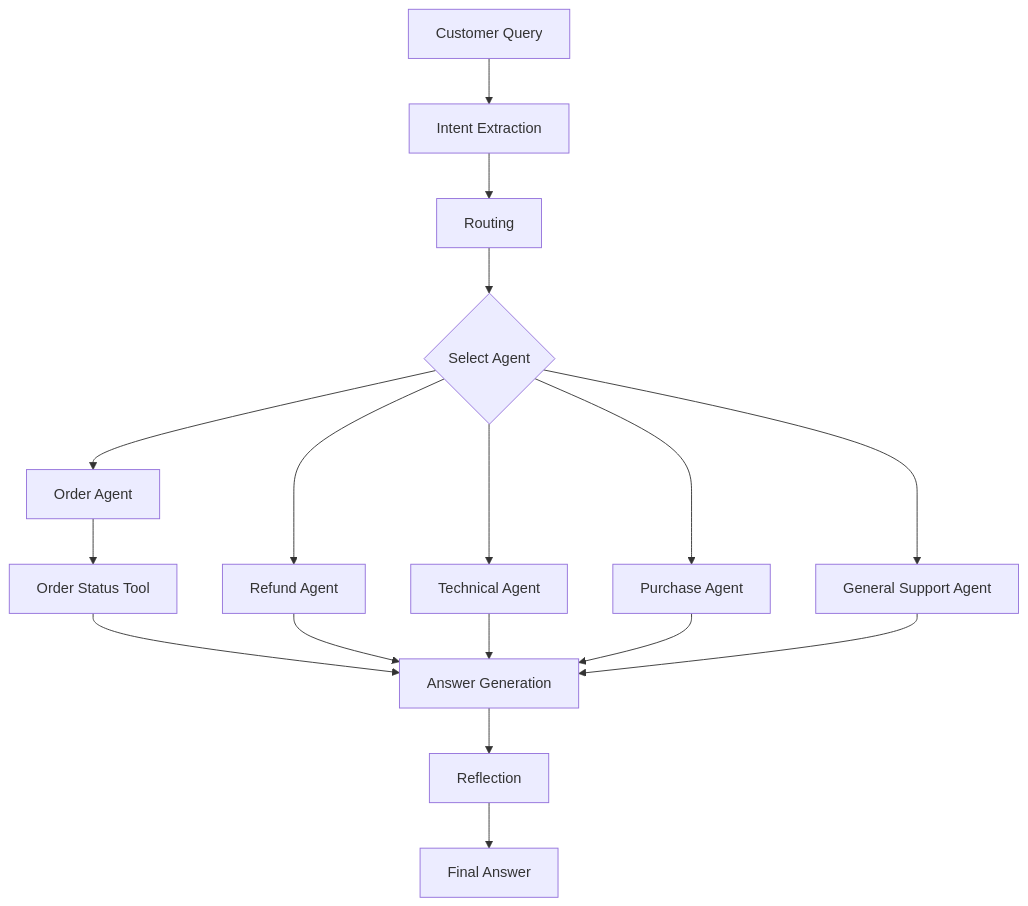
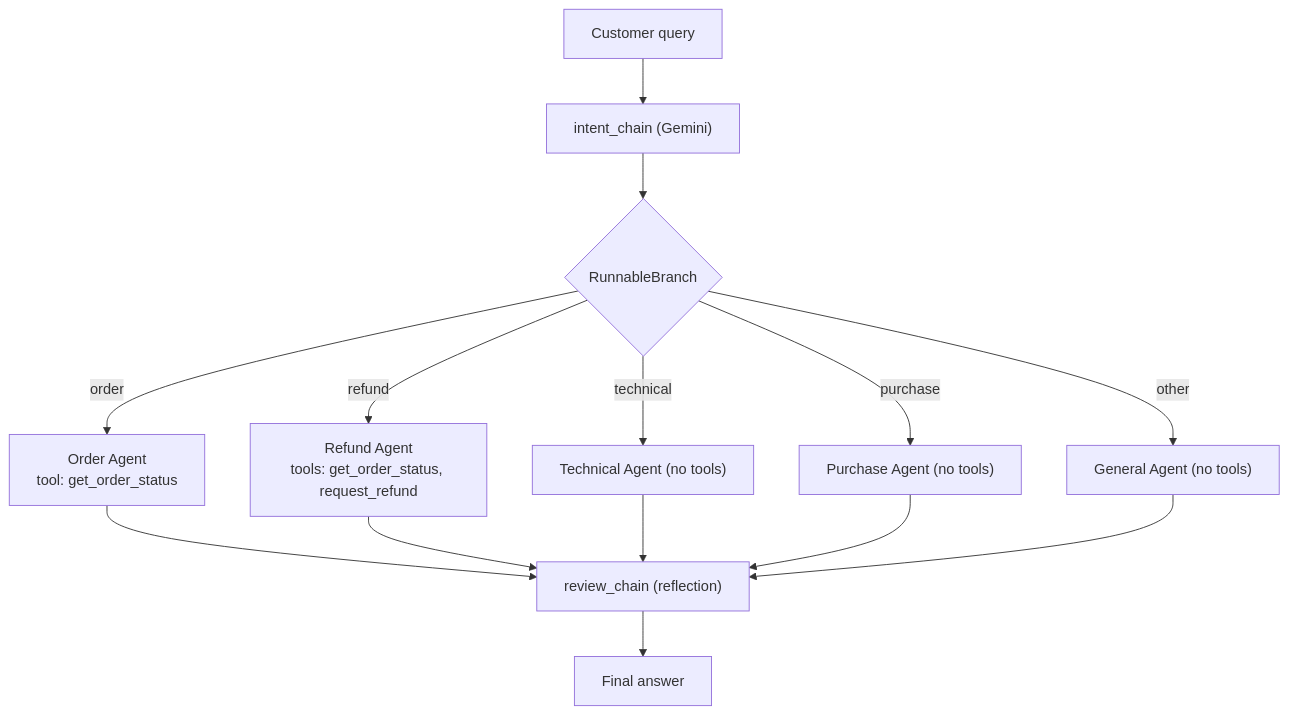
Before and after one commit to asadchughtai08/smart-support-agent: the diagram in README.md, drawn with Mermaid. The commit also changed other lines of this file and 2 other files, not shown here.

Commit message:
Add combined agent, tools version and README

````diff
--- a/README.md
+++ b/README.md
@@ -23,21 +26,16 @@
 ```mermaid
 flowchart TD
-    A[Customer Query] --> B[Intent Extraction]
-    B --> C[Routing]
-    C --> D{Select Agent}
-    D --> E[Order Agent]
-    D --> F[Refund Agent]
-    D --> G[Technical Agent]
-    D --> H[Purchase Agent]
-    D --> I[General Support Agent]
-
-    E --> J[Order Status Tool]
-    J --> K[Answer Generation]
-    F --> K
-    G --> K
-    H --> K
-    I --> K
-
-    K --> L[Reflection]
-    L --> M[Final Answer]
+    A["Customer query"] --> B["intent_chain (Gemini)"]
+    B --> C{"RunnableBranch"}
+    C -->|order| D["Order Agent<br/>tool: get_order_status"]
+    C -->|refund| E["Refund Agent<br/>tools: get_order_status, request_refund"]
+    C -->|technical| F["Technical Agent (no tools)"]
+    C -->|purchase| G["Purchase Agent (no tools)"]
+    C -->|other| H["General Agent (no tools)"]
+    D --> I["review_chain (reflection)"]
+    E --> I
+    F --> I
+    G --> I
+    H --> I
+    I --> J["Final answer"]
 ```
````
